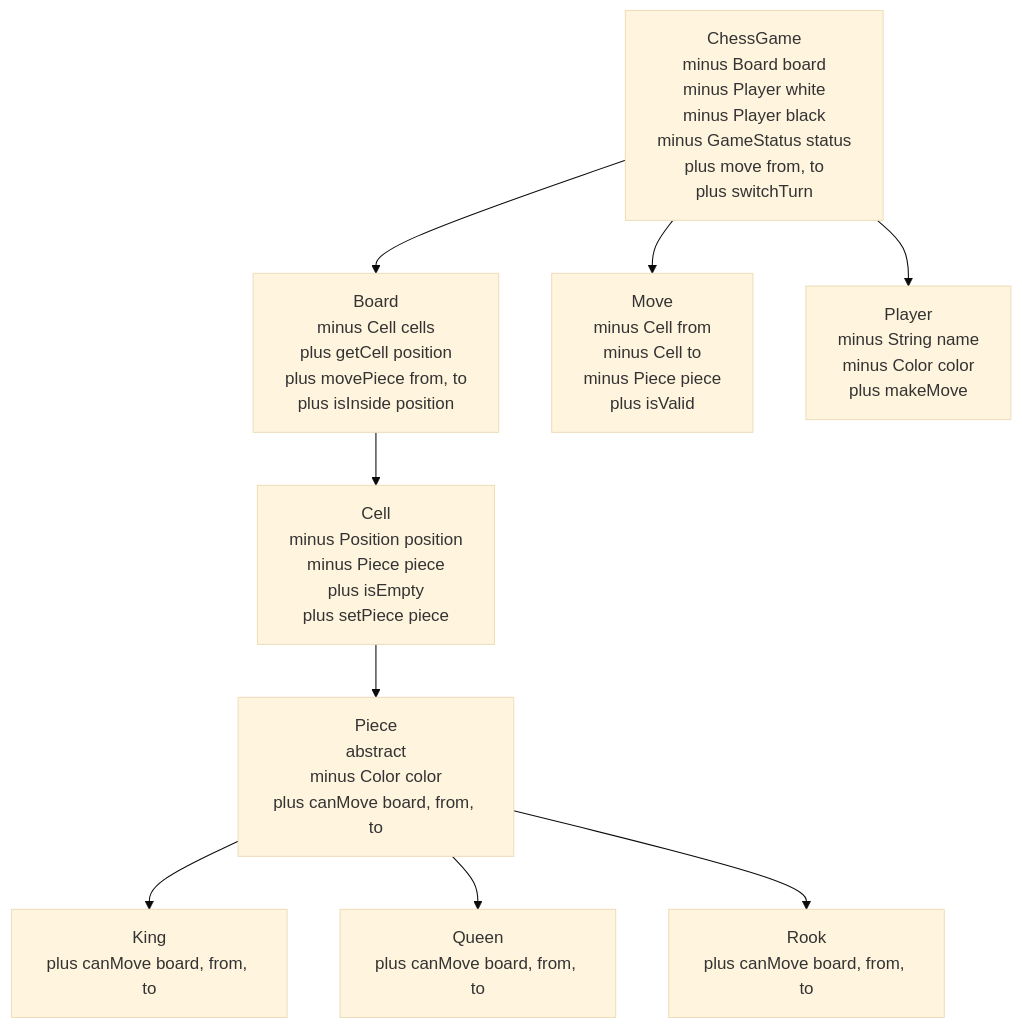
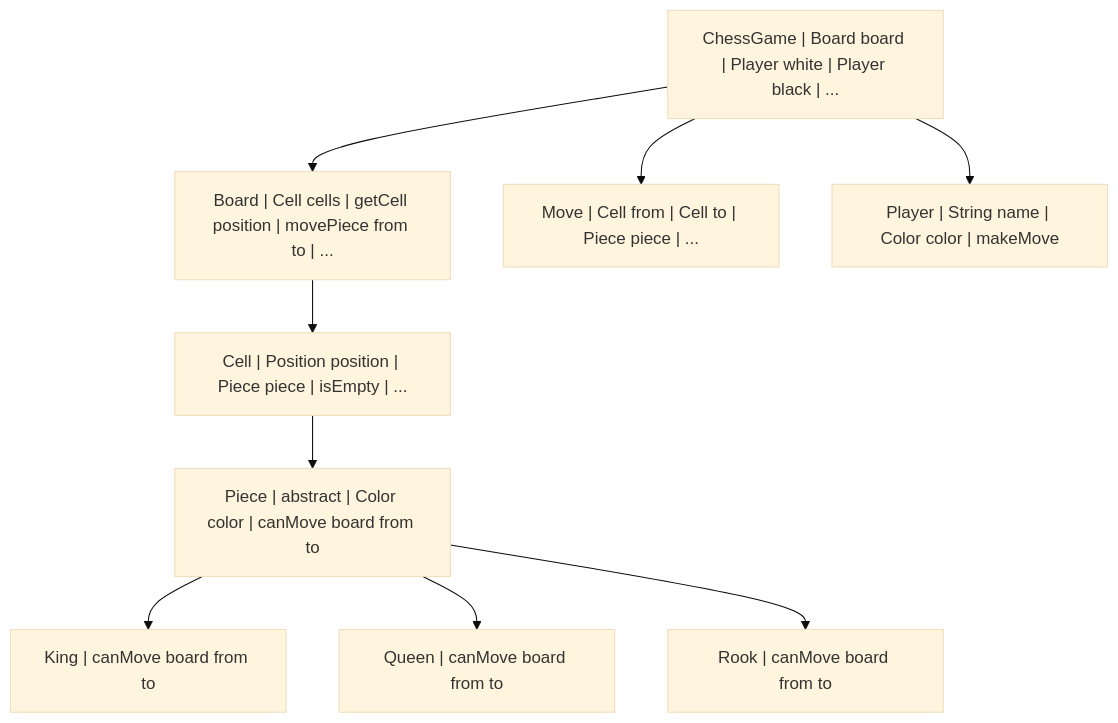
The fourth of 39 diagrams in LLD_NOTES/lld_visual_java_reference_fixed.md (mthaiseer/springcloud-systemdesign-notes), drawn with Mermaid (base theme) before and after one commit. The commit also changed other lines of this file, not shown here.

````diff
--- a/LLD_NOTES/lld_visual_java_reference_fixed.md
+++ b/LLD_NOTES/lld_visual_java_reference_fixed.md
@@ -312,20 +307,20 @@
 ```mermaid
 flowchart TD
-  C1["ChessGame<br/>minus Board board<br/>minus Player white<br/>minus Player black<br/>minus GameStatus status<br/>plus move from, to<br/>plus switchTurn"]
-  C2["Board<br/>minus Cell cells<br/>plus getCell position<br/>plus movePiece from, to<br/>plus isInside position"]
-  C3["Cell<br/>minus Position position<br/>minus Piece piece<br/>plus isEmpty<br/>plus setPiece piece"]
-  C4["Piece<br/>abstract<br/>minus Color color<br/>plus canMove board, from, to"]
-  C5["King<br/>plus canMove board, from, to"]
-  C6["Queen<br/>plus canMove board, from, to"]
-  C7["Rook<br/>plus canMove board, from, to"]
-  C8["Move<br/>minus Cell from<br/>minus Cell to<br/>minus Piece piece<br/>plus isValid"]
-  C9["Player<br/>minus String name<br/>minus Color color<br/>plus makeMove"]
-  C1 --> C2
-  C1 --> C9
-  C1 --> C8
-  C2 --> C3
-  C3 --> C4
-  C4 --> C5
-  C4 --> C6
-  C4 --> C7
+  C1["ChessGame | Board board | Player white | Player black | ..."]
+  C2["Board | Cell cells | getCell position | movePiece from to | ..."]
+  C3["Cell | Position position | Piece piece | isEmpty | ..."]
+  C4["Piece | abstract | Color color | canMove board from to"]
+  C5["King | canMove board from to"]
+  C6["Queen | canMove board from to"]
+  C7["Rook | canMove board from to"]
+  C8["Move | Cell from | Cell to | Piece piece | ..."]
+  C9["Player | String name | Color color | makeMove"]
+C1 --> C2
+C1 --> C9
+C1 --> C8
+C2 --> C3
+C3 --> C4
+C4 --> C5
+C4 --> C6
+C4 --> C7
 ```
````
